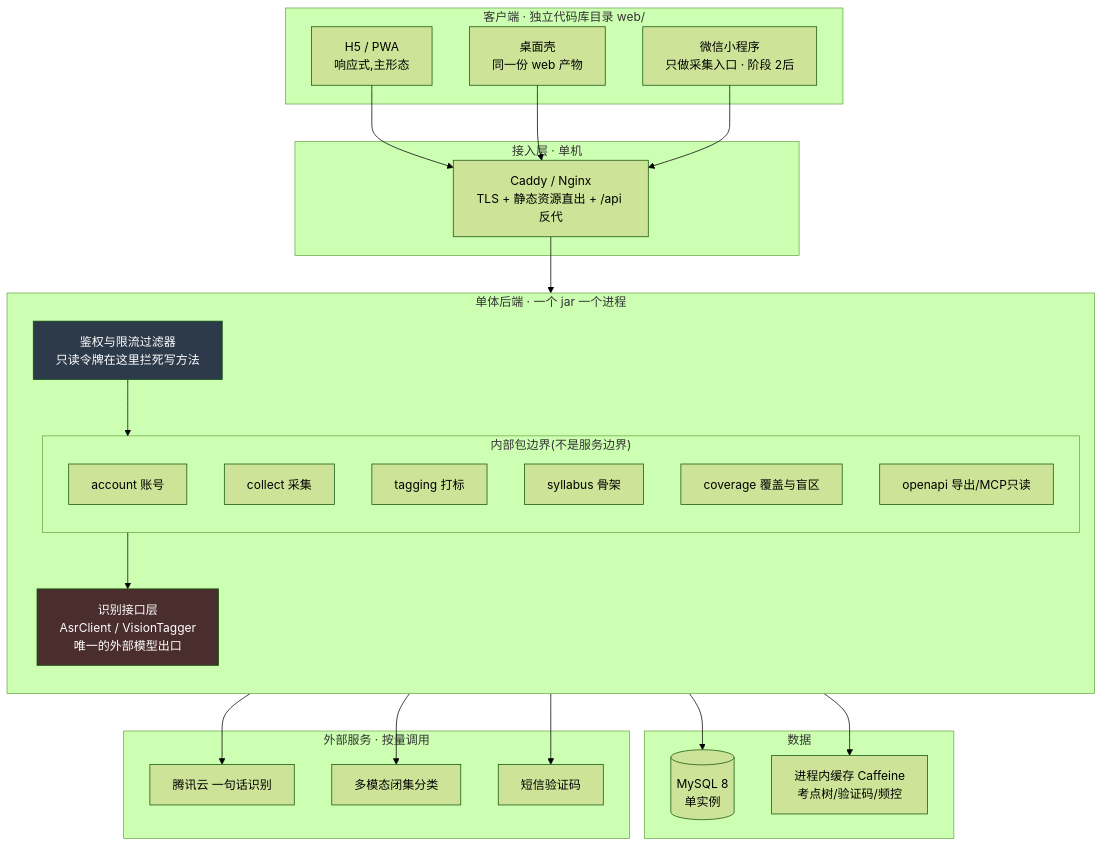
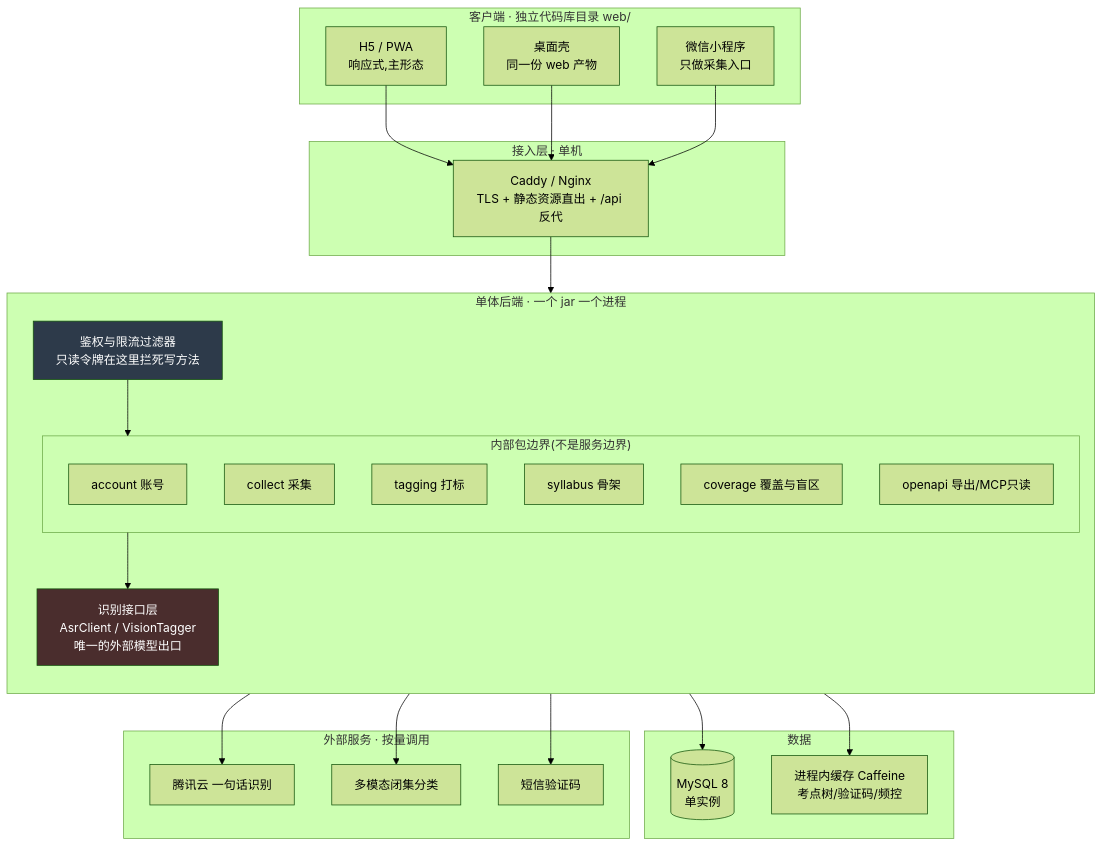
Before and after one commit to chenyuanjin/kubic: the first of 6 diagrams in docs/technical/INDEX.md, drawn with Mermaid (forest theme). The commit also changed other lines of this file and 29 other files, not shown here.

````diff
--- a/docs/technical/INDEX.md
+++ b/docs/technical/INDEX.md
@@ -125,51 +131,51 @@
 ```mermaid
 flowchart TB
     subgraph CLI["客户端 · 独立代码库目录 web/"]
         C1["H5 / PWA<br/>响应式,主形态"]
         C2["桌面壳<br/>同一份 web 产物"]
-        C3["微信小程序<br/>只做采集入口 · 阶段 2后"]
+        C3["微信小程序<br/>只做采集入口"]
     end
 
     subgraph EDGE["接入层 · 单机"]
         P["Caddy / Nginx<br/>TLS + 静态资源直出 + /api 反代"]
     end
 
     subgraph APP["单体后端 · 一个 jar 一个进程"]
         direction TB
         G["鉴权与限流过滤器<br/>只读令牌在这里拦死写方法"]
         subgraph PKG["内部包边界(不是服务边界)"]
             M1["account 账号"]
             M2["collect 采集"]
             M3["tagging 打标"]
             M4["syllabus 骨架"]
             M5["coverage 覆盖与盲区"]
             M6["openapi 导出/MCP只读"]
         end
         A["识别接口层<br/>AsrClient / VisionTagger<br/>唯一的外部模型出口"]
     end
 
     subgraph DATA["数据"]
         D1[("MySQL 8<br/>单实例")]
         D2["进程内缓存 Caffeine<br/>考点树/验证码/频控"]
     end
 
     subgraph EXT["外部服务 · 按量调用"]
         E1["腾讯云 一句话识别"]
         E2["多模态闭集分类"]
         E3["短信验证码"]
     end
 
     C1 --> P
     C2 --> P
     C3 --> P
     P --> G --> PKG
     PKG --> A
     PKG --> D1
     PKG --> D2
     A --> E1
     A --> E2
     M1 --> E3
 
     style A fill:#4a2d2d,color:#fff
     style G fill:#2d3a4a,color:#fff
 ```
````
